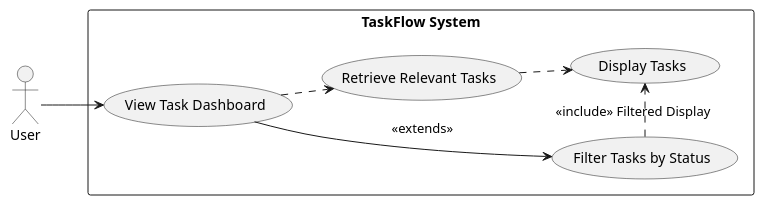
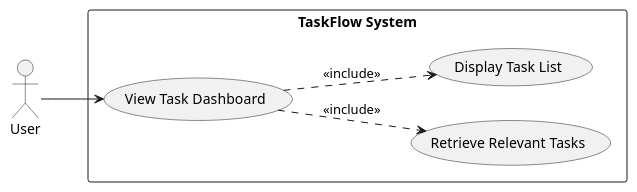
The seventh of 9 diagrams in artifacts/spec/spec.md (Chaman532003/framework), drawn with PlantUML before and after one commit. The commit also changed other lines of this file, not shown here.

````diff
--- a/artifacts/spec/spec.md
+++ b/artifacts/spec/spec.md
@@ -550,21 +499,18 @@
 ```plantuml
 @startuml
 left to right direction
 skinparam packageStyle rectangle
 
 actor User
 
 rectangle "TaskFlow System" {
   usecase (View Task Dashboard) as UC8
-  usecase (Retrieve Relevant Tasks) as UC8a
-  usecase (Display Tasks) as UC8b
-  usecase (Filter Tasks by Status) as UC8c
+  usecase (Retrieve Relevant Tasks) as UC_RetrieveTasks
+  usecase (Display Task List) as UC_DisplayList
 }
 
 User --> UC8
-UC8 .> UC8a : <<include>>
-UC8a .> UC8b : <<include>>
-UC8 --> UC8c : <<extends>>
-UC8c .> UC8b : <<include>> Filtered Display
+UC8 ..> UC_RetrieveTasks : <<include>>
+UC8 ..> UC_DisplayList : <<include>>
 @enduml
 ```
````
